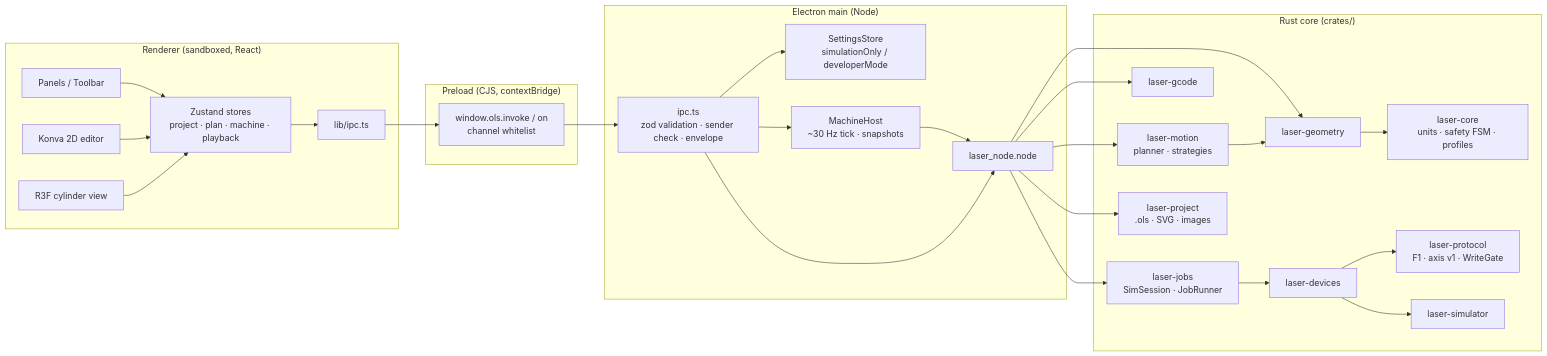
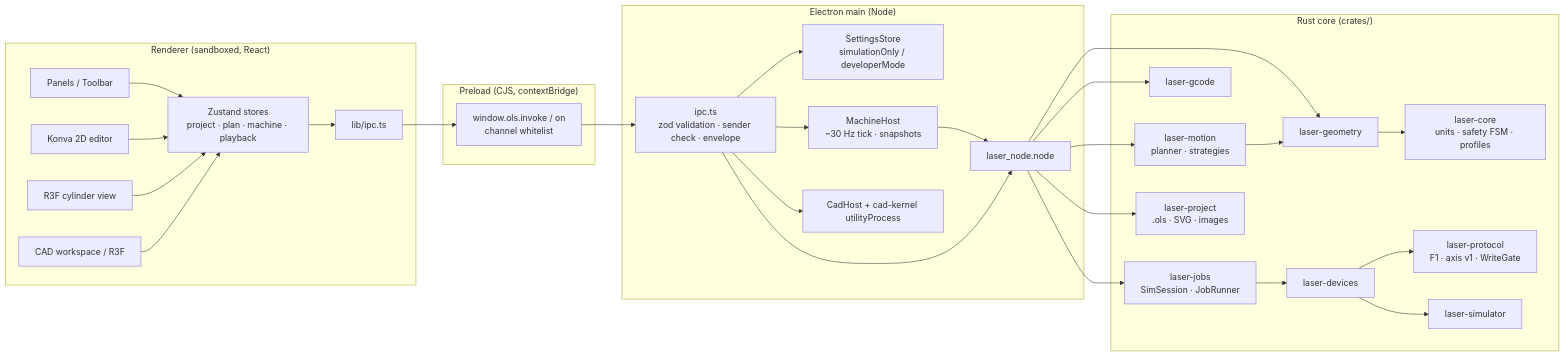
One commit to alexcode9/open-laser-studio changed the first of 2 diagrams in docs/architecture/OVERVIEW.md. Above: the diagram before and after it, drawn with Mermaid. The commit also changed other lines of this file and 17 other files, not shown here.

First line of the commit message:
docs+test(cad): document the CAD kernel and cover the milestone flow

````diff
--- a/docs/architecture/OVERVIEW.md
+++ b/docs/architecture/OVERVIEW.md
@@ -8,37 +8,40 @@
 ```mermaid
 flowchart LR
   subgraph Renderer["Renderer (sandboxed, React)"]
     UI[Panels / Toolbar] --> Stores[Zustand stores<br/>project · plan · machine · playback]
     Editor[Konva 2D editor] --> Stores
     View3D[R3F cylinder view] --> Stores
+    CadWS[CAD workspace / R3F] --> Stores
     Stores --> IPCc[lib/ipc.ts]
   end
   subgraph Preload["Preload (CJS, contextBridge)"]
     Bridge["window.ols.invoke / on<br/>channel whitelist"]
   end
   subgraph Main["Electron main (Node)"]
     IPC[ipc.ts<br/>zod validation · sender check · envelope]
     Settings[SettingsStore<br/>simulationOnly / developerMode]
     Host[MachineHost<br/>~30 Hz tick · snapshots]
     Native[laser_node.node]
+    CadHost[CadHost + cad-kernel utilityProcess]
   end
   subgraph Rust["Rust core (crates/)"]
     Core[laser-core<br/>units · safety FSM · profiles]
     Geo[laser-geometry]
     Motion[laser-motion<br/>planner · strategies]
     GC[laser-gcode]
     Proto[laser-protocol<br/>F1 · axis v1 · WriteGate]
     Dev[laser-devices]
     Sim[laser-simulator]
     Jobs[laser-jobs<br/>SimSession · JobRunner]
     Proj[laser-project<br/>.ols · SVG · images]
   end
   IPCc --> Bridge --> IPC
   IPC --> Settings
   IPC --> Host --> Native
   IPC --> Native
+  IPC --> CadHost
   Native --> Jobs & Motion & Proj & GC & Geo
   Jobs --> Dev --> Sim
   Dev --> Proto
   Motion --> Geo --> Core
 ```
````
